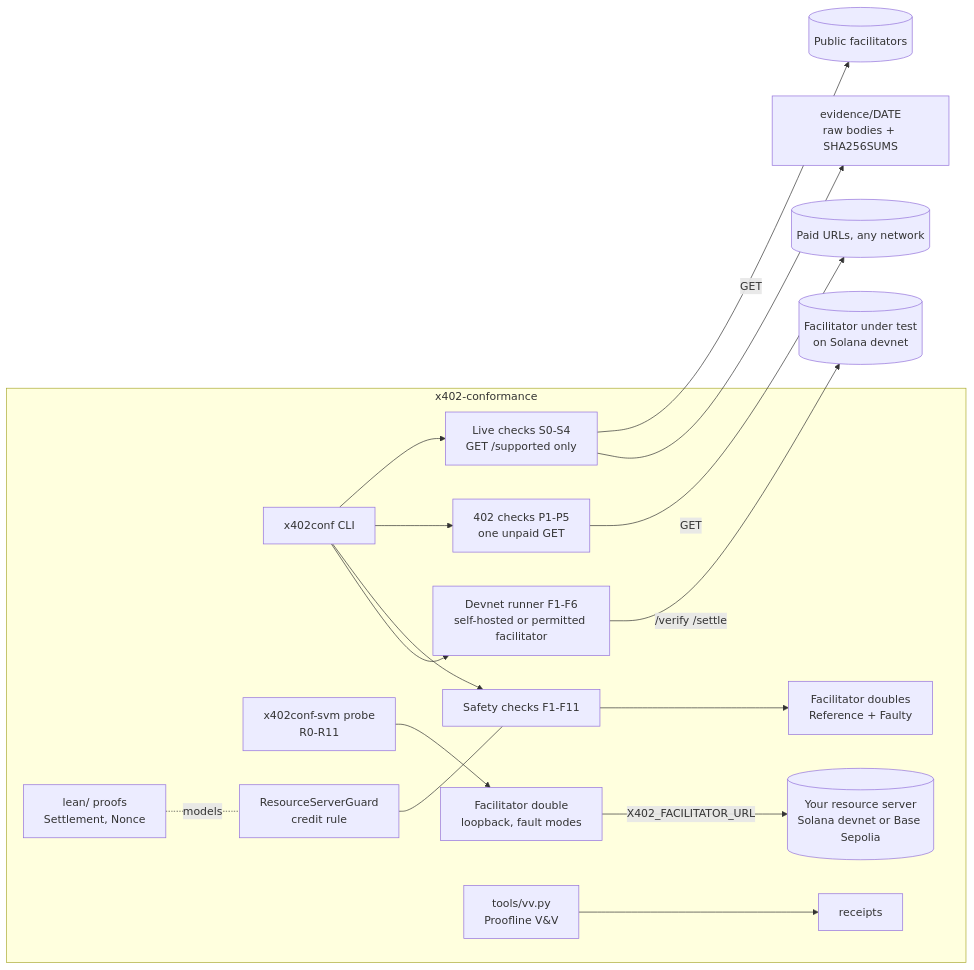
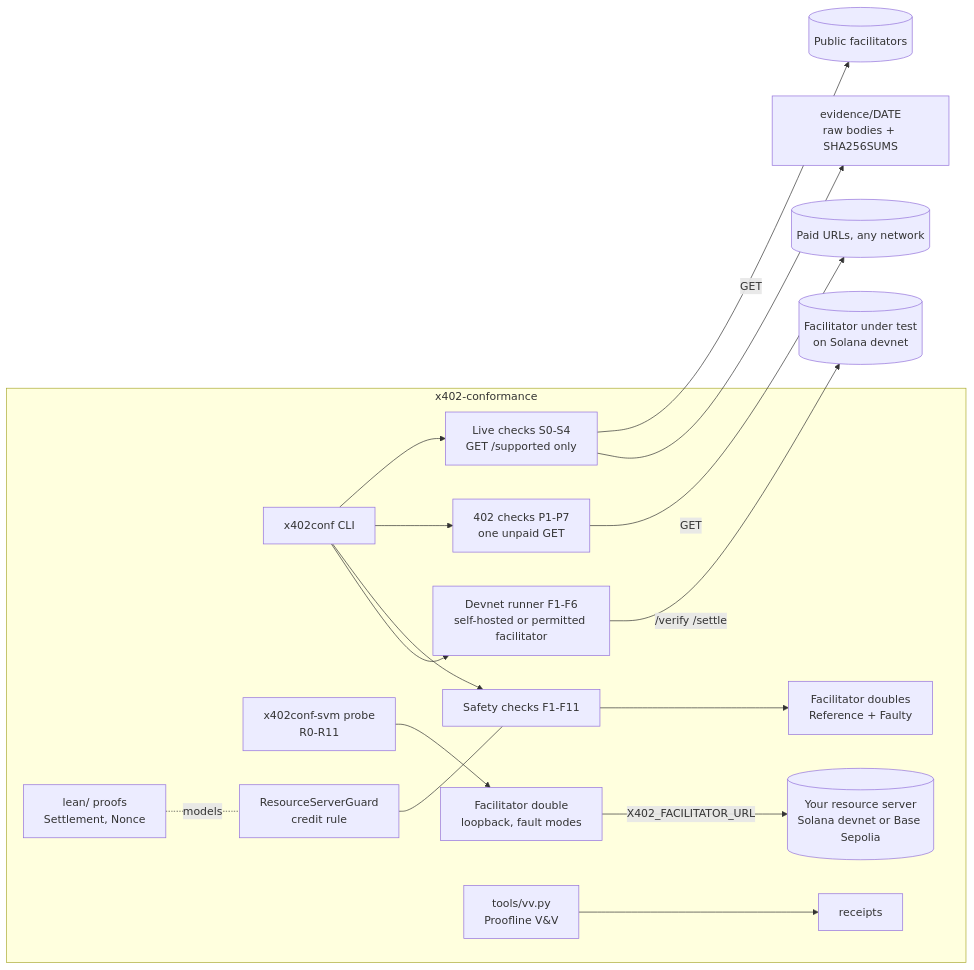
Before and after one commit to actions-marketplace-validations/atsp-protocol_x402-conformance: the diagram in docs/ARCHITECTURE.md, drawn with Mermaid. The commit also changed other lines of this file and 7 other files, not shown here.

````diff
--- a/docs/ARCHITECTURE.md
+++ b/docs/ARCHITECTURE.md
@@ -5,19 +5,19 @@
 ```mermaid
 flowchart LR
   subgraph suite[x402-conformance]
     CLI[x402conf CLI] --> LIVE[Live checks S0-S4<br/>GET /supported only]
-    CLI --> RES[402 checks P1-P5<br/>one unpaid GET]
+    CLI --> RES[402 checks P1-P7<br/>one unpaid GET]
     PROBE[x402conf-svm probe<br/>R0-R11] --> DBL[Facilitator double<br/>loopback, fault modes]
     DBL -->|X402_FACILITATOR_URL| RS[(Your resource server<br/>Solana devnet or Base Sepolia)]
     CLI --> OFF[Safety checks F1-F11]
     OFF --> DOUBLES[Facilitator doubles<br/>Reference + Faulty]
     CLI --> DEVNET[Devnet runner F1-F6<br/>self-hosted or permitted facilitator]
     GUARD[ResourceServerGuard<br/>credit rule] --- OFF
     LEAN[lean/ proofs<br/>Settlement, Nonce] -. models .- GUARD
     VV[tools/vv.py<br/>Proofline V&V] --> RCPT[receipts]
   end
   LIVE -->|GET| PUB[(Public facilitators)]
   RES -->|GET| PAID[(Paid URLs, any network)]
   DEVNET -->|/verify /settle| OWN[(Facilitator under test<br/>on Solana devnet)]
   LIVE --> EVID[evidence/DATE<br/>raw bodies + SHA256SUMS]
 ```
````
